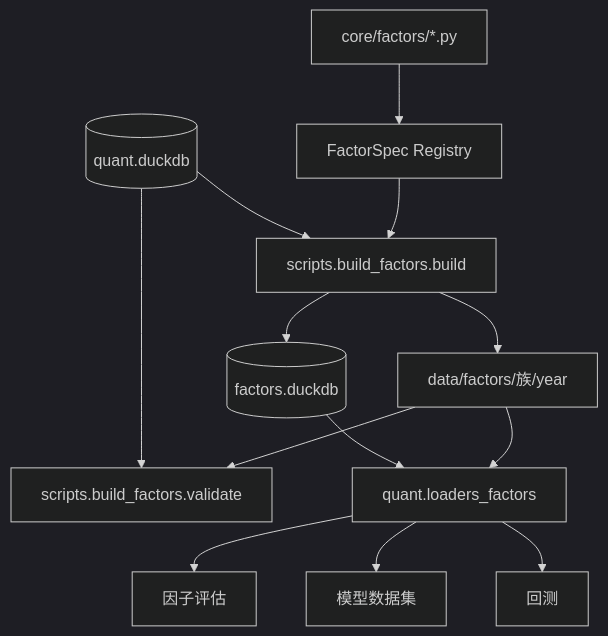
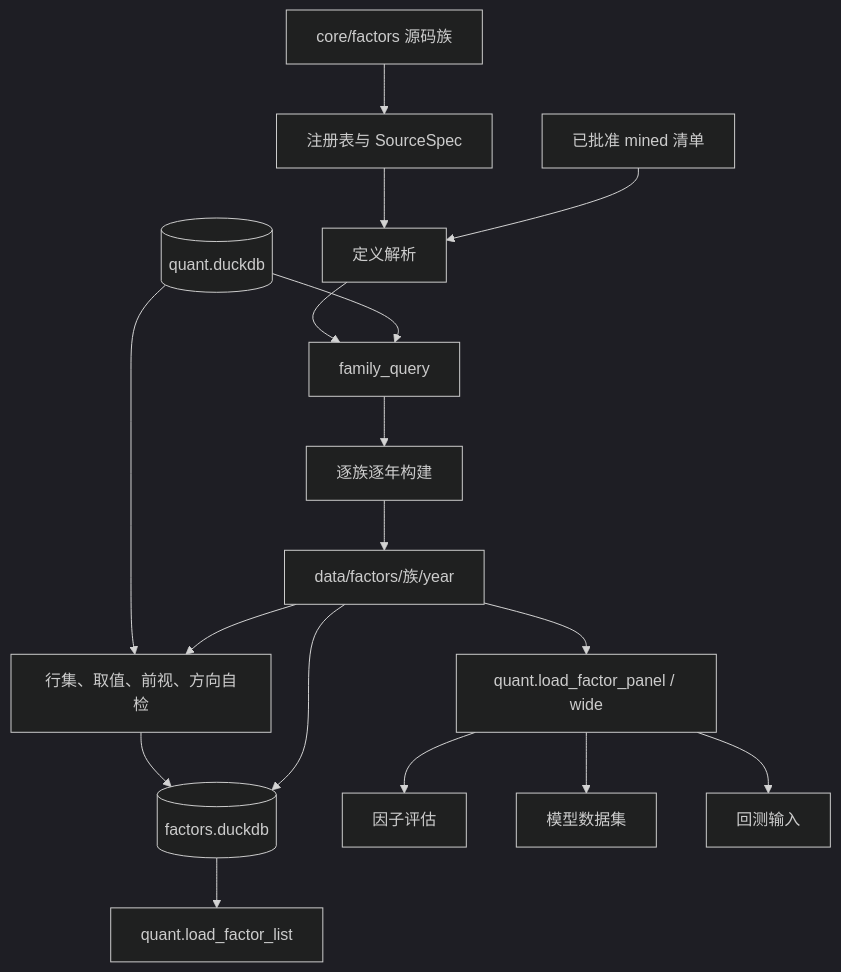
Before and after one commit to rowerman/quant-all: the diagram in docs/project-guide/02-factor-library.md, drawn with Mermaid (dark theme). The commit also changed other lines of this file and 10 other files, not shown here.

````diff
--- a/docs/project-guide/02-factor-library.md
+++ b/docs/project-guide/02-factor-library.md
@@ -192,15 +50,19 @@
 ```mermaid
 flowchart TD
-  DEF[core/factors/*.py] --> REG[FactorSpec Registry]
-  REG --> BUILD[scripts.build_factors.build]
-  DB[(quant.duckdb)] --> BUILD
+  SRC[core/factors 源码族] --> REG[注册表与 SourceSpec]
+  MINED[已批准 mined 清单] --> RESOLVE[定义解析]
+  REG --> RESOLVE
+  DB[(quant.duckdb)] --> QUERY[family_query]
+  RESOLVE --> QUERY
+  QUERY --> BUILD[逐族逐年构建]
   BUILD --> PQ[data/factors/族/year]
-  BUILD --> CAT[(factors.duckdb)]
-  PQ --> VALID[scripts.build_factors.validate]
-  DB --> VALID
-  PQ --> QUANT[quant.loaders_factors]
-  CAT --> QUANT
-  QUANT --> EVAL[因子评估]
-  QUANT --> ALPHA[模型数据集]
-  QUANT --> BT[回测]
+  PQ --> CHECK[行集、取值、前视、方向自检]
+  DB --> CHECK
+  PQ --> CAT[(factors.duckdb)]
+  CHECK --> CAT
+  CAT --> LIST[quant.load_factor_list]
+  PQ --> PANEL[quant.load_factor_panel / wide]
+  PANEL --> EVAL[因子评估]
+  PANEL --> MODEL[模型数据集]
+  PANEL --> BT[回测输入]
 ```
````
